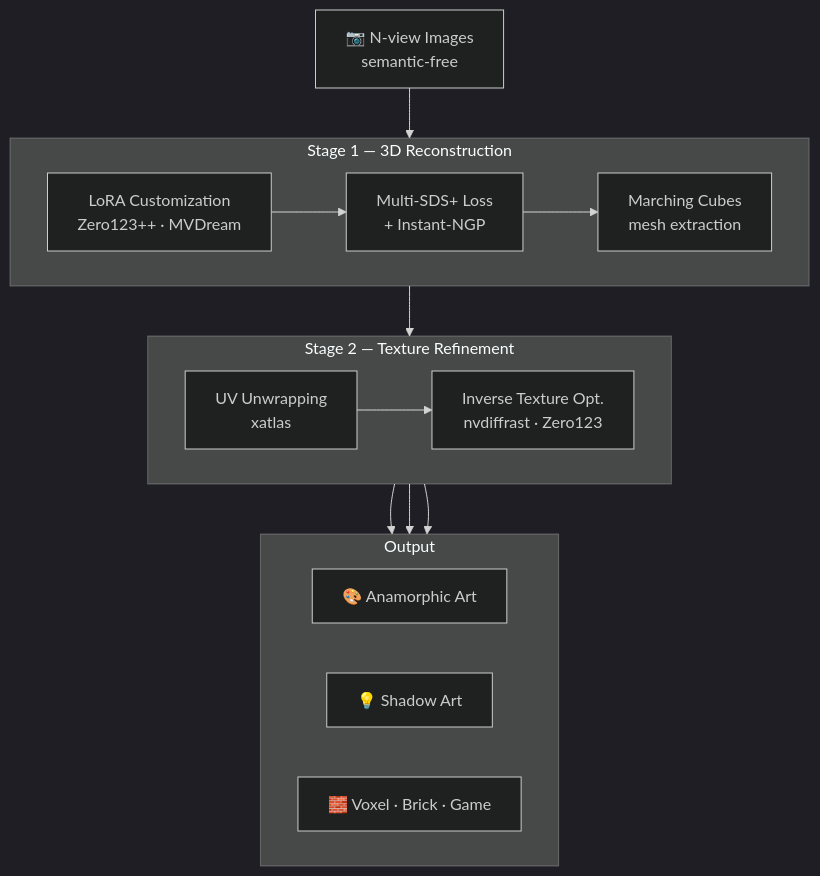
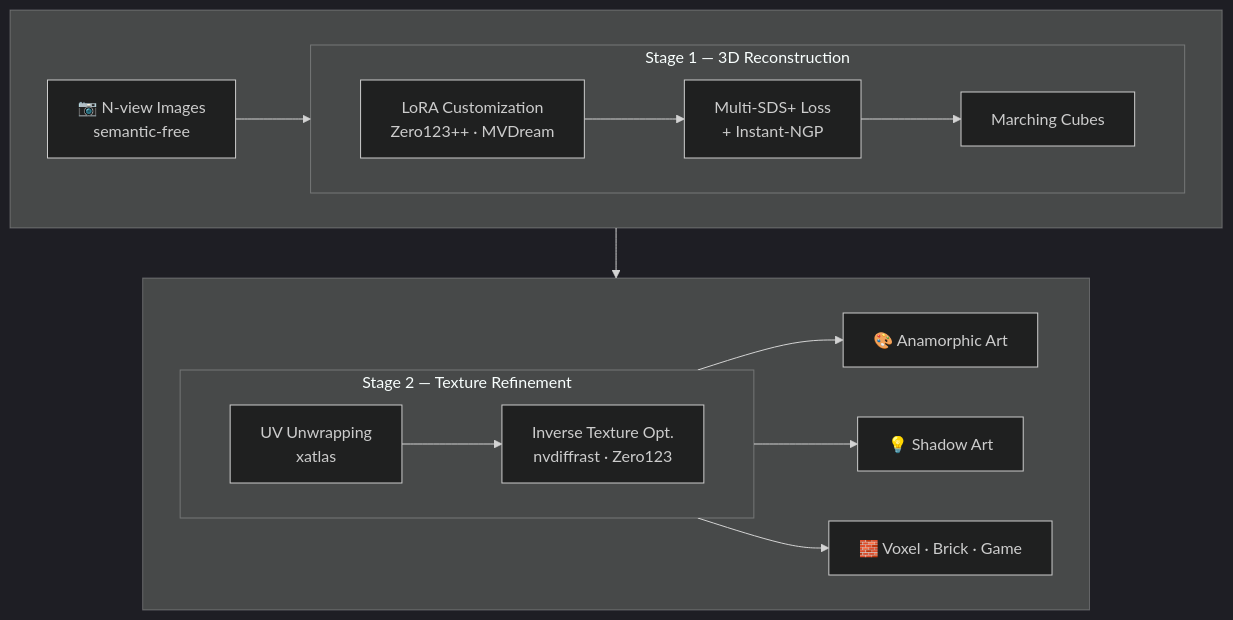
Before and after one commit to PeterZs/Tex-Shadow: the diagram in README.md, drawn with Mermaid (dark theme).

Commit message:
update system diagram

````diff
--- a/README.md
+++ b/README.md
@@ -21,30 +21,26 @@
 ```mermaid
 flowchart TB
-    A["📷 N-view Images\nsemantic-free"]
-
-    subgraph S1["Stage 1 — 3D Reconstruction"]
+    subgraph R1[" "]
         direction LR
-        B["LoRA Customization\nZero123++ · MVDream"]
-        C["Multi-SDS+ Loss\n+ Instant-NGP"]
-        D["Marching Cubes\nmesh extraction"]
-        B --> C --> D
+        A["📷 N-view Images\nsemantic-free"]
+        subgraph S1["Stage 1 — 3D Reconstruction"]
+            direction LR
+            B["LoRA Customization\nZero123++ · MVDream"] --> C["Multi-SDS+ Loss\n+ Instant-NGP"] --> D["Marching Cubes"]
+        end
+        A --> B
     end
 
-    subgraph S2["Stage 2 — Texture Refinement"]
+    subgraph R2[" "]
         direction LR
-        E["UV Unwrapping\nxatlas"]
-        F["Inverse Texture Opt.\nnvdiffrast · Zero123"]
-        E --> F
-    end
-
-    subgraph OUT["Output"]
-        direction LR
+        subgraph S2["Stage 2 — Texture Refinement"]
+            direction LR
+            E["UV Unwrapping\nxatlas"] --> F["Inverse Texture Opt.\nnvdiffrast · Zero123"]
+        end
         G1["🎨 Anamorphic Art"]
         G2["💡 Shadow Art"]
         G3["🧱 Voxel · Brick · Game"]
+        F --> G1 & G2 & G3
     end
 
-    A --> B
     D --> E
-    F --> G1 & G2 & G3
 ```
````
